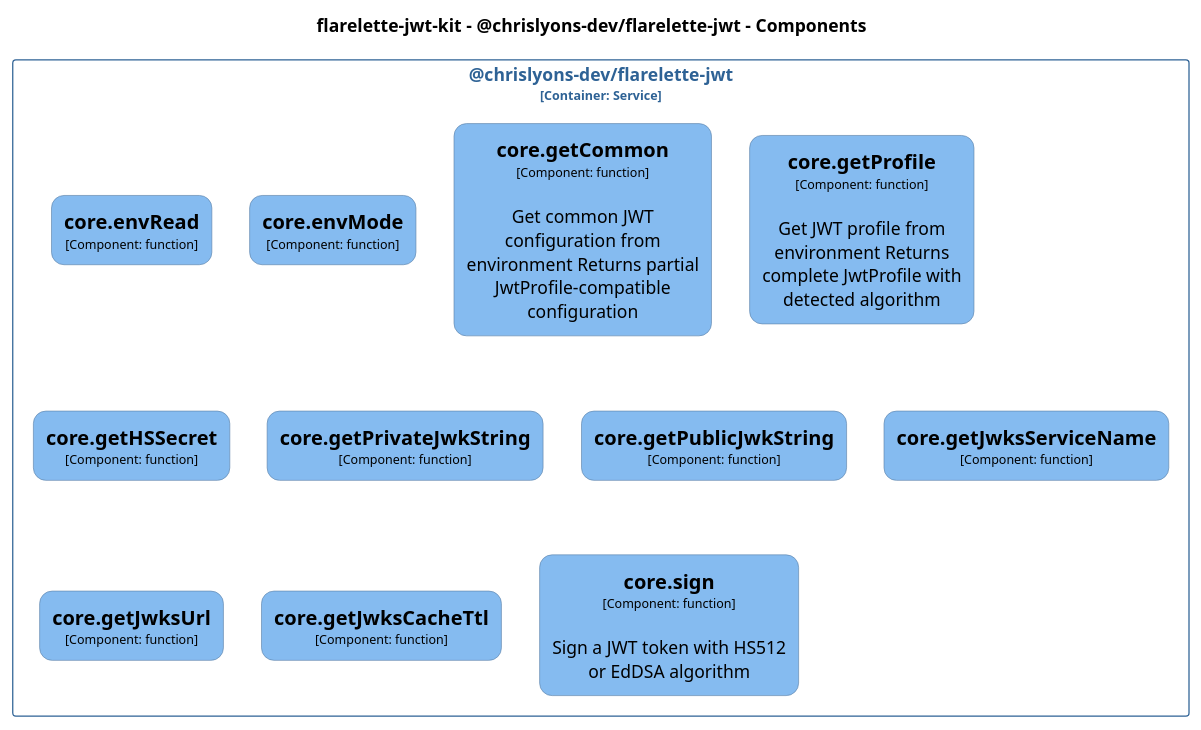
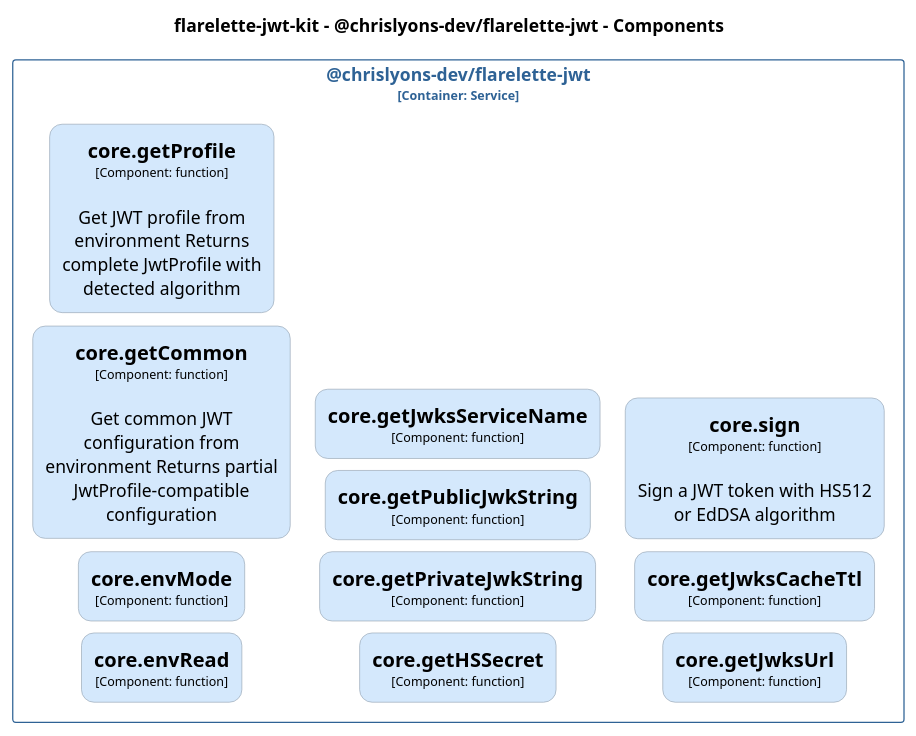
The diagram in docs/architecture/diagrams/plantuml/structurizr-Classes_chrislyons_dev_flarelette_jwt__core.puml (chrislyons-dev/flarelette-jwt-kit), drawn with PlantUML before and after one commit. The commit also changed 118 other files, not shown here.

```diff
--- a/docs/architecture/diagrams/plantuml/structurizr-Classes_chrislyons_dev_flarelette_jwt__core.puml
+++ b/docs/architecture/diagrams/plantuml/structurizr-Classes_chrislyons_dev_flarelette_jwt__core.puml
@@ -1,116 +1,116 @@
 @startuml
 set separator none
 title flarelette-jwt-kit - @chrislyons-dev/flarelette-jwt - Components
 
-top to bottom direction
-skinparam ranksep 60
-skinparam nodesep 30
+left to right direction
+skinparam ranksep 20
+skinparam nodesep 10
 
 skinparam {
   arrowFontSize 10
   defaultTextAlignment center
   wrapWidth 200
   maxMessageSize 100
   defaultFontName "Arial"
 }
 
 hide stereotype
 
 skinparam rectangle<<flarelettejwtkit.chrislyonsdevflarelettejwt.coreenvMode>> {
-  BackgroundColor #85bbf0
+  BackgroundColor #d4e8fc
   FontColor #000000
-  BorderColor #5d82a8
+  BorderColor #94a2b0
   roundCorner 20
   shadowing false
 }
 skinparam rectangle<<flarelettejwtkit.chrislyonsdevflarelettejwt.coreenvRead>> {
-  BackgroundColor #85bbf0
+  BackgroundColor #d4e8fc
   FontColor #000000
-  BorderColor #5d82a8
+  BorderColor #94a2b0
   roundCorner 20
   shadowing false
 }
 skinparam rectangle<<flarelettejwtkit.chrislyonsdevflarelettejwt.coregetCommon>> {
-  BackgroundColor #85bbf0
+  BackgroundColor #d4e8fc
   FontColor #000000
-  BorderColor #5d82a8
+  BorderColor #94a2b0
   roundCorner 20
   shadowing false
 }
 skinparam rectangle<<flarelettejwtkit.chrislyonsdevflarelettejwt.coregetHSSecret>> {
-  BackgroundColor #85bbf0
+  BackgroundColor #d4e8fc
   FontColor #000000
-  BorderColor #5d82a8
+  BorderColor #94a2b0
   roundCorner 20
   shadowing false
 }
 skinparam rectangle<<flarelettejwtkit.chrislyonsdevflarelettejwt.coregetJwksCacheTtl>> {
-  BackgroundColor #85bbf0
+  BackgroundColor #d4e8fc
   FontColor #000000
-  BorderColor #5d82a8
+  BorderColor #94a2b0
   roundCorner 20
   shadowing false
 }
 skinparam rectangle<<flarelettejwtkit.chrislyonsdevflarelettejwt.coregetJwksServiceName>> {
-  BackgroundColor #85bbf0
+  BackgroundColor #d4e8fc
   FontColor #000000
-  BorderColor #5d82a8
+  BorderColor #94a2b0
   roundCorner 20
   shadowing false
 }
 skinparam rectangle<<flarelettejwtkit.chrislyonsdevflarelettejwt.coregetJwksUrl>> {
-  BackgroundColor #85bbf0
+  BackgroundColor #d4e8fc
   FontColor #000000
-  BorderColor #5d82a8
+  BorderColor #94a2b0
   roundCorner 20
   shadowing false
 }
 skinparam rectangle<<flarelettejwtkit.chrislyonsdevflarelettejwt.coregetPrivateJwkString>> {
-  BackgroundColor #85bbf0
+  BackgroundColor #d4e8fc
   FontColor #000000
-  BorderColor #5d82a8
+  BorderColor #94a2b0
   roundCorner 20
   shadowing false
 }
 skinparam rectangle<<flarelettejwtkit.chrislyonsdevflarelettejwt.coregetProfile>> {
-  BackgroundColor #85bbf0
+  BackgroundColor #d4e8fc
   FontColor #000000
-  BorderColor #5d82a8
+  BorderColor #94a2b0
   roundCorner 20
   shadowing false
 }
 skinparam rectangle<<flarelettejwtkit.chrislyonsdevflarelettejwt.coregetPublicJwkString>> {
-  BackgroundColor #85bbf0
+  BackgroundColor #d4e8fc
   FontColor #000000
-  BorderColor #5d82a8
+  BorderColor #94a2b0
   roundCorner 20
   shadowing false
 }
 skinparam rectangle<<flarelettejwtkit.chrislyonsdevflarelettejwt.coresign>> {
-  BackgroundColor #85bbf0
+  BackgroundColor #d4e8fc
   FontColor #000000
-  BorderColor #5d82a8
+  BorderColor #94a2b0
   roundCorner 20
   shadowing false
 }
 skinparam rectangle<<flarelettejwtkit.chrislyonsdevflarelettejwt>> {
   BorderColor #2e6295
   FontColor #2e6295
   shadowing false
 }
 
 rectangle "@chrislyons-dev/flarelette-jwt\n<size:10>[Container: Service]</size>" <<flarelettejwtkit.chrislyonsdevflarelettejwt>> {
   rectangle "==core.envRead\n<size:10>[Component: function]</size>" <<flarelettejwtkit.chrislyonsdevflarelettejwt.coreenvRead>> as flarelettejwtkit.chrislyonsdevflarelettejwt.coreenvRead
   rectangle "==core.envMode\n<size:10>[Component: function]</size>" <<flarelettejwtkit.chrislyonsdevflarelettejwt.coreenvMode>> as flarelettejwtkit.chrislyonsdevflarelettejwt.coreenvMode
   rectangle "==core.getCommon\n<size:10>[Component: function]</size>\n\nGet common JWT configuration from environment Returns partial JwtProfile-compatible configuration" <<flarelettejwtkit.chrislyonsdevflarelettejwt.coregetCommon>> as flarelettejwtkit.chrislyonsdevflarelettejwt.coregetCommon
   rectangle "==core.getProfile\n<size:10>[Component: function]</size>\n\nGet JWT profile from environment Returns complete JwtProfile with detected algorithm" <<flarelettejwtkit.chrislyonsdevflarelettejwt.coregetProfile>> as flarelettejwtkit.chrislyonsdevflarelettejwt.coregetProfile
   rectangle "==core.getHSSecret\n<size:10>[Component: function]</size>" <<flarelettejwtkit.chrislyonsdevflarelettejwt.coregetHSSecret>> as flarelettejwtkit.chrislyonsdevflarelettejwt.coregetHSSecret
   rectangle "==core.getPrivateJwkString\n<size:10>[Component: function]</size>" <<flarelettejwtkit.chrislyonsdevflarelettejwt.coregetPrivateJwkString>> as flarelettejwtkit.chrislyonsdevflarelettejwt.coregetPrivateJwkString
   rectangle "==core.getPublicJwkString\n<size:10>[Component: function]</size>" <<flarelettejwtkit.chrislyonsdevflarelettejwt.coregetPublicJwkString>> as flarelettejwtkit.chrislyonsdevflarelettejwt.coregetPublicJwkString
   rectangle "==core.getJwksServiceName\n<size:10>[Component: function]</size>" <<flarelettejwtkit.chrislyonsdevflarelettejwt.coregetJwksServiceName>> as flarelettejwtkit.chrislyonsdevflarelettejwt.coregetJwksServiceName
   rectangle "==core.getJwksUrl\n<size:10>[Component: function]</size>" <<flarelettejwtkit.chrislyonsdevflarelettejwt.coregetJwksUrl>> as flarelettejwtkit.chrislyonsdevflarelettejwt.coregetJwksUrl
   rectangle "==core.getJwksCacheTtl\n<size:10>[Component: function]</size>" <<flarelettejwtkit.chrislyonsdevflarelettejwt.coregetJwksCacheTtl>> as flarelettejwtkit.chrislyonsdevflarelettejwt.coregetJwksCacheTtl
   rectangle "==core.sign\n<size:10>[Component: function]</size>\n\nSign a JWT token with HS512 or EdDSA algorithm" <<flarelettejwtkit.chrislyonsdevflarelettejwt.coresign>> as flarelettejwtkit.chrislyonsdevflarelettejwt.coresign
 }
 
 @enduml
```
